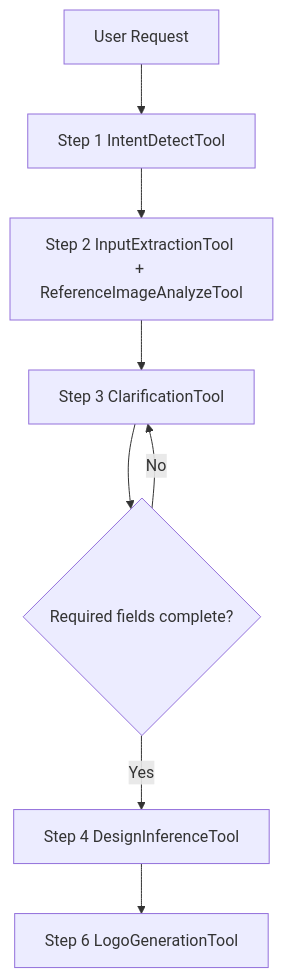
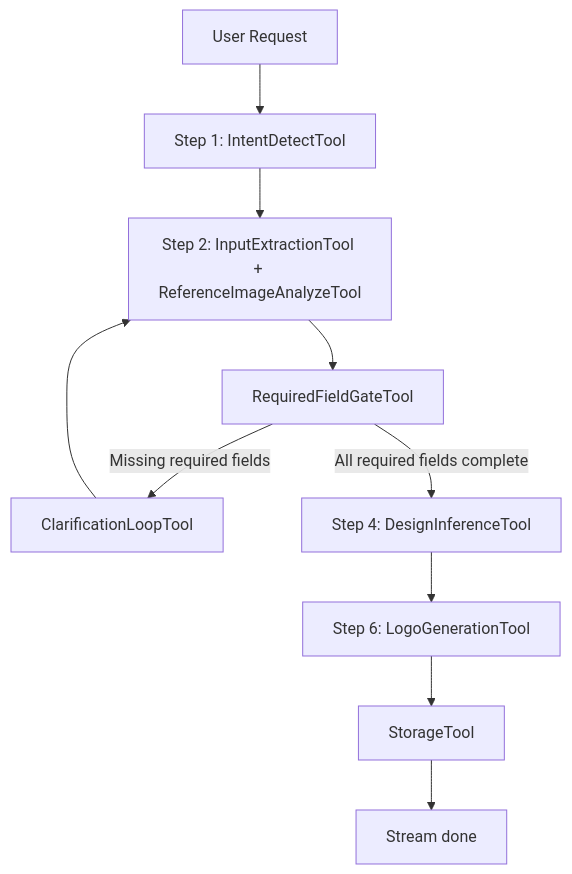
The first of 3 diagrams in tech.md (Ne4nf/Agent-Memory), drawn with Mermaid before and after one commit. The commit also changed other lines of this file, not shown here.

````diff
--- a/tech.md
+++ b/tech.md
@@ -74,10 +85,12 @@
 ```mermaid
 flowchart TD
-    A[User Request] --> B[Step 1 IntentDetectTool]
-    B --> C[Step 2 InputExtractionTool + ReferenceImageAnalyzeTool]
-    C --> D[Step 3 ClarificationTool]
-    D --> E{Required fields complete?}
-    E -- No --> D
-    E -- Yes --> F[Step 4 DesignInferenceTool]
-    F --> G[Step 6 LogoGenerationTool]
+    A[User Request] --> B[Step 1: IntentDetectTool]
+    B --> C[Step 2: InputExtractionTool + ReferenceImageAnalyzeTool]
+    C --> D[RequiredFieldGateTool]
+    D -->|Missing required fields| E[ClarificationLoopTool]
+    E --> C
+    D -->|All required fields complete| F[Step 4: DesignInferenceTool]
+    F --> G[Step 6: LogoGenerationTool]
+    G --> H[StorageTool]
+    H --> I[Stream done]
 ```
````
